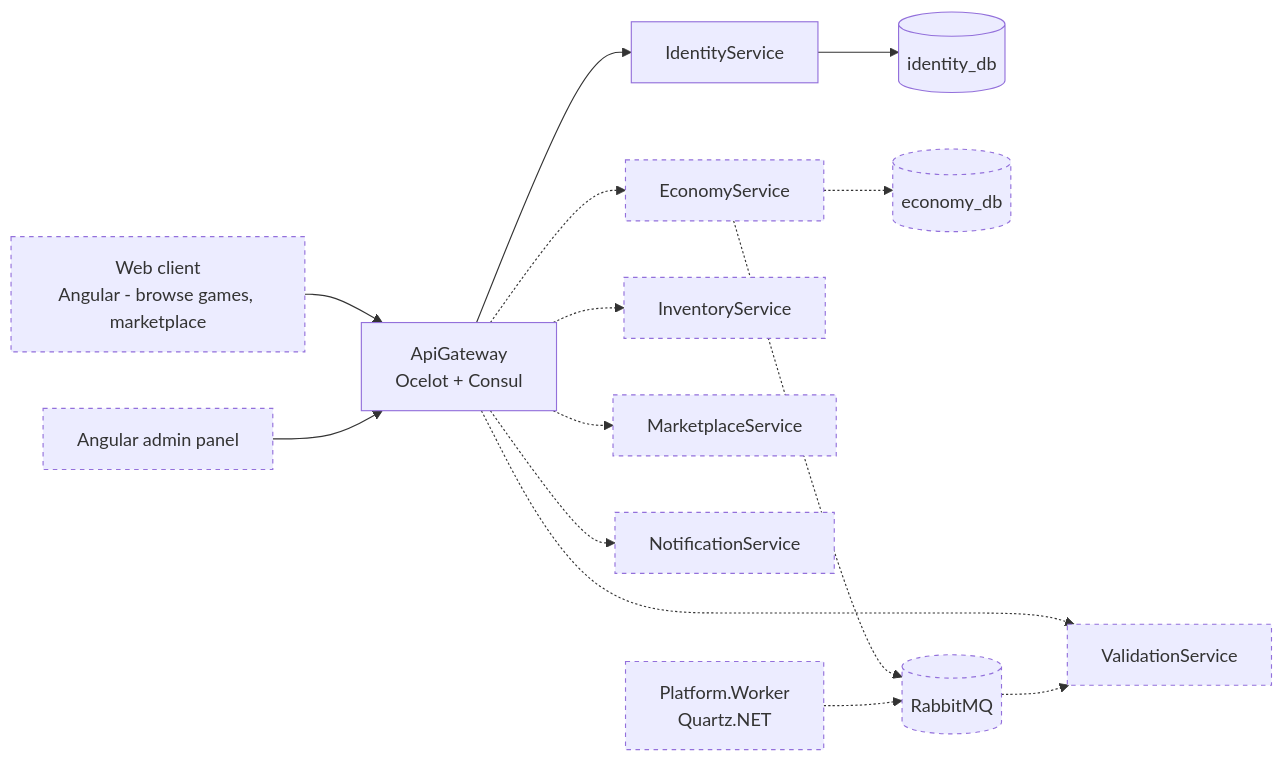
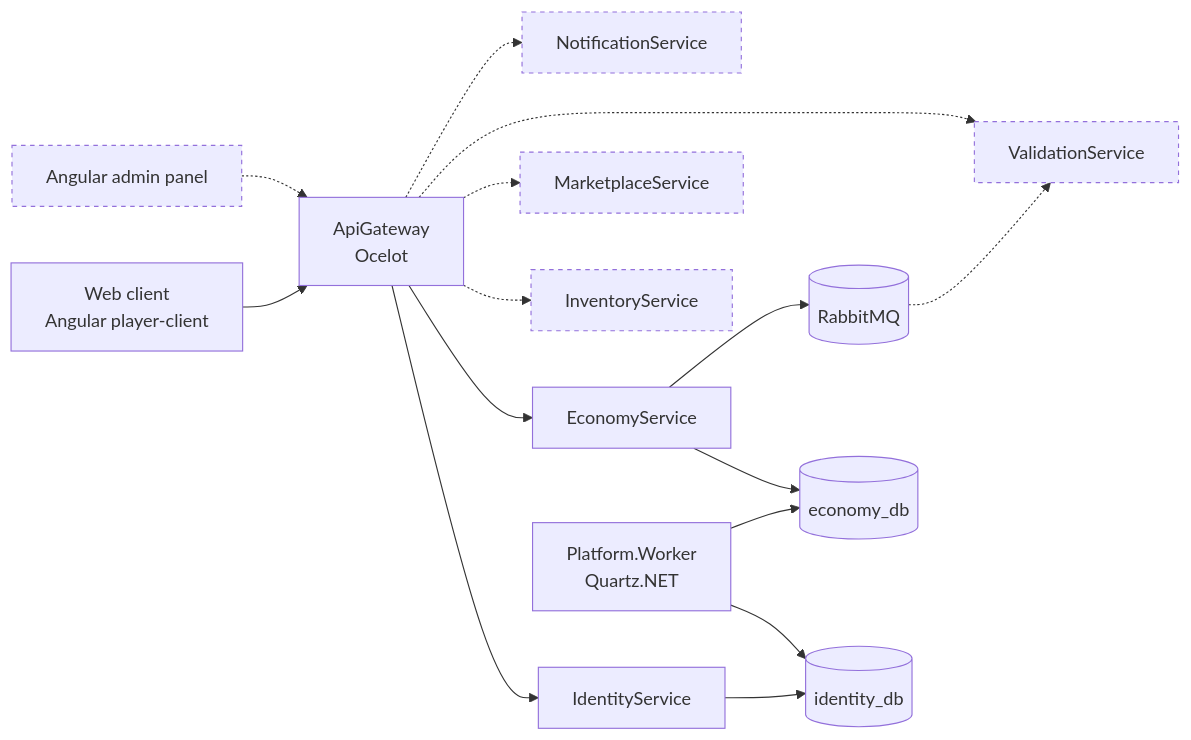
The diagram in docs/architecture.md (alex-shepel-oo/gaming-backend-platform), drawn with Mermaid before and after one commit. The commit also changed other lines of this file and 1 other file, not shown here.

````diff
--- a/docs/architecture.md
+++ b/docs/architecture.md
@@ -3,25 +3,26 @@
 ```mermaid
 flowchart LR
-    WebClient[Web client<br/>Angular - browse games, marketplace]
+    WebClient[Web client<br/>Angular player-client]
     Admin[Angular admin panel]
     WebClient --> GW
-    Admin --> GW
-    GW[ApiGateway<br/>Ocelot + Consul]
+    Admin -.-> GW
+    GW[ApiGateway<br/>Ocelot]
 
     GW --> ID[IdentityService]
-    GW -.-> EC[EconomyService]
+    GW --> EC[EconomyService]
     GW -.-> INV[InventoryService]
     GW -.-> MP[MarketplaceService]
     GW -.-> VAL[ValidationService]
     GW -.-> NOT[NotificationService]
 
     ID --> IDDB[(identity_db)]
-    EC -.-> ECDB[(economy_db)]
+    EC --> ECDB[(economy_db)]
 
-    EC -.-> MQ[(RabbitMQ)]
+    EC --> MQ[(RabbitMQ)]
     MQ -.-> VAL
-    W[Platform.Worker<br/>Quartz.NET] -.-> MQ
+    W[Platform.Worker<br/>Quartz.NET] --> IDDB
+    W --> ECDB
 
     classDef planned stroke-dasharray: 4 4;
-    class WebClient,Admin,EC,INV,MP,VAL,NOT,ECDB,MQ,W planned
+    class Admin,INV,MP,VAL,NOT planned
 ```
````
